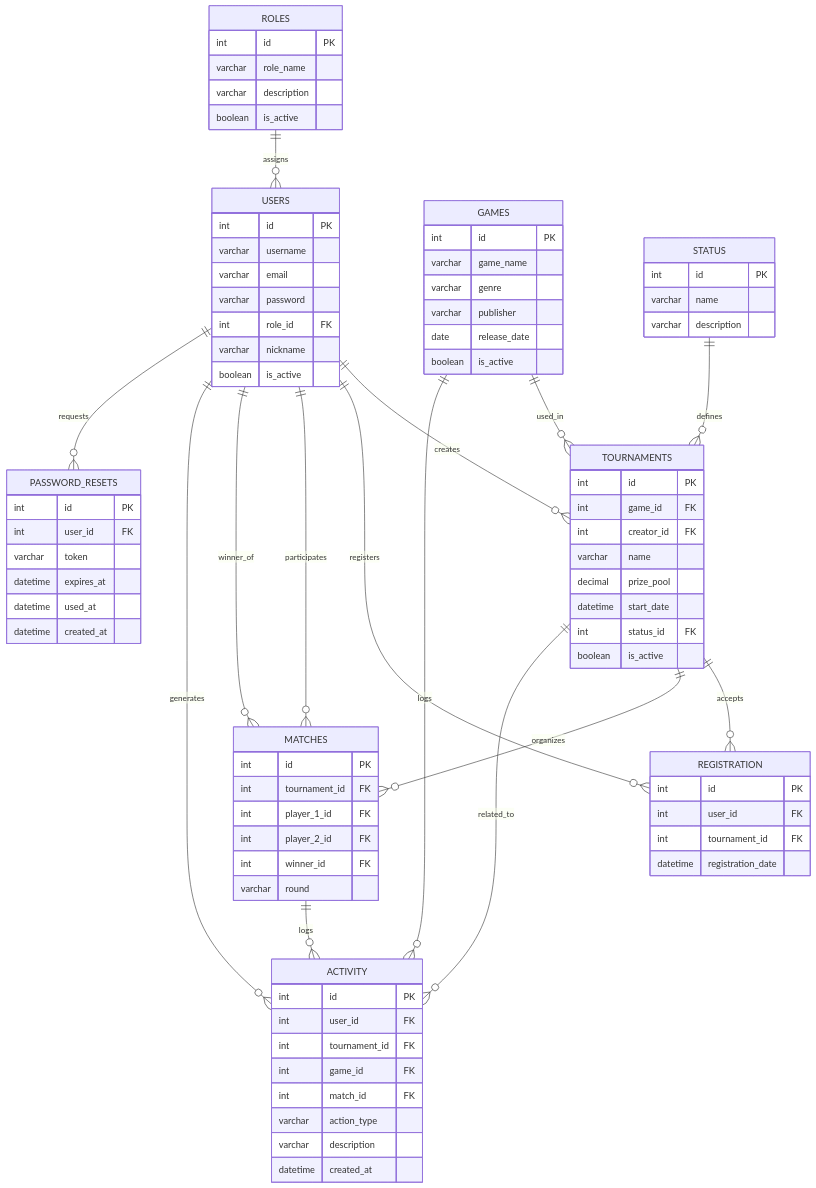
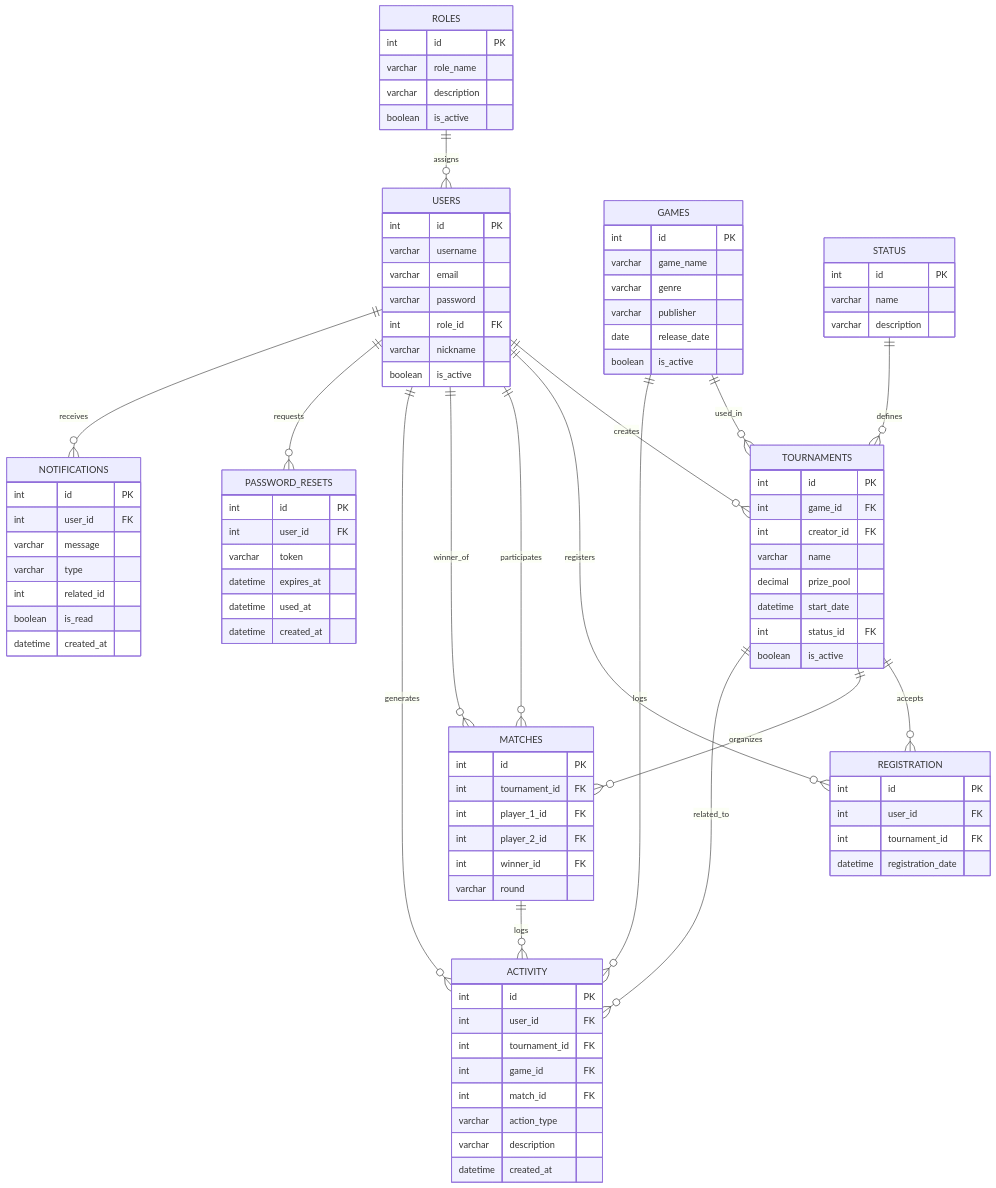
One commit to olazocaamano/-PixelGames-Tournament-Organizer-E-Sports- changed the diagram in docs/erd_diagram.md. Above: the diagram before and after it, drawn with Mermaid. The commit also changed 30 other files, not shown here.

```diff
--- a/docs/erd_diagram.md
+++ b/docs/erd_diagram.md
@@ -6,6 +6,7 @@
     USERS ||--o{ MATCHES : winner_of
     USERS ||--o{ ACTIVITY : generates
     USERS ||--o{ PASSWORD_RESETS : requests
+    USERS ||--o{ NOTIFICATIONS : receives
 
     GAMES ||--o{ TOURNAMENTS : used_in
 
@@ -66,6 +67,16 @@
         varchar round
     }
 
+    NOTIFICATIONS {
+        int id PK
+        int user_id FK
+        varchar message
+        varchar type
+        int related_id
+        boolean is_read
+        datetime created_at
+    }
+
     ACTIVITY {
         int id PK
         int user_id FK
```
